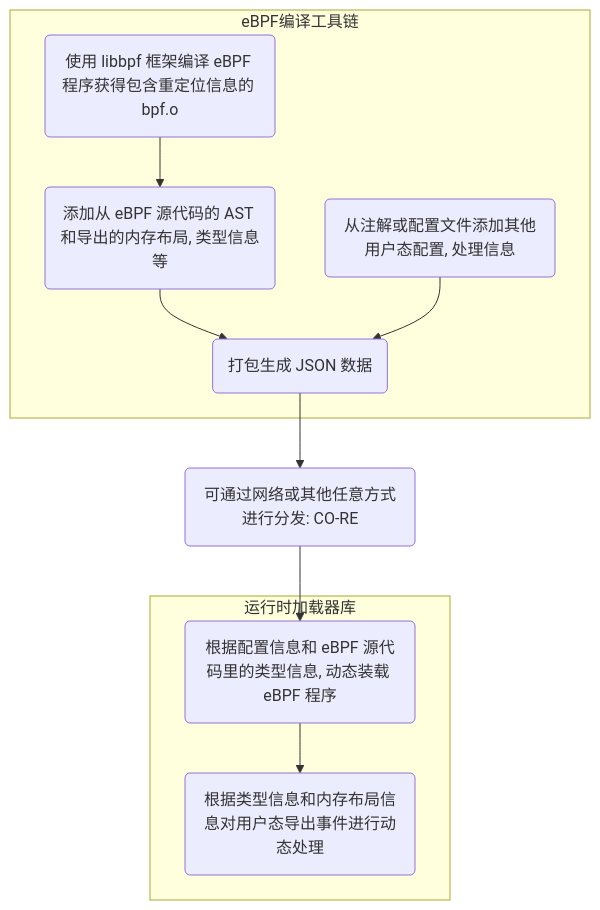
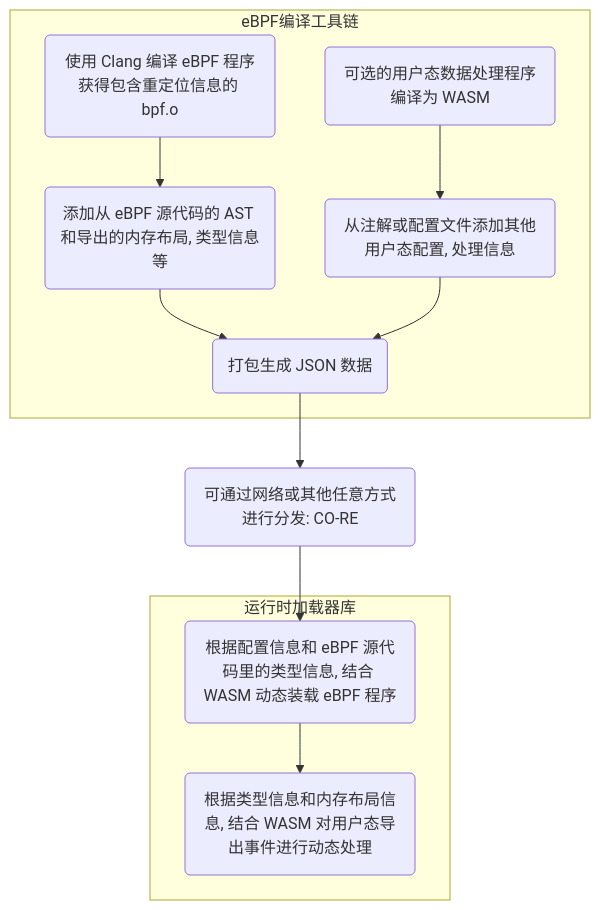
The diagram in src/mannual.md (eunomia-bpf/eunomia-bpf.github.io), drawn with Mermaid before and after one commit. The commit also changed 3 other files, not shown here.

````diff
--- a/src/mannual.md
+++ b/src/mannual.md
@@ -273,22 +273,24 @@
 ```mermaid
 graph TD
  b3-->package
   package-->a1
   package(可通过网络或其他任意方式进行分发: CO-RE)
 
   subgraph 运行时加载器库
-  a1(根据配置信息和 eBPF 源代码里的类型信息, 动态装载 eBPF 程序)
-  a2(根据类型信息和内存布局信息对用户态导出事件进行动态处理)
+  a1(根据配置信息和 eBPF 源代码里的类型信息, 结合 WASM 动态装载 eBPF 程序)
+  a2(根据类型信息和内存布局信息, 结合 WASM 对用户态导出事件进行动态处理)
   a1-->a2
   end
 
   subgraph eBPF编译工具链 
-  b1(使用 libbpf 框架编译 eBPF 程序获得包含重定位信息的 bpf.o)
+  b1(使用 Clang 编译 eBPF 程序获得包含重定位信息的 bpf.o)
   b2(添加从 eBPF 源代码的 AST 和导出的内存布局, 类型信息等)
   b3(打包生成 JSON 数据)
   b4(从注解或配置文件添加其他用户态配置, 处理信息)
+  b5(可选的用户态数据处理程序编译为 WASM)
   b2-->b3
   b4-->b3
+  b5-->b4
   b1-->b2
   end
 ```
````
